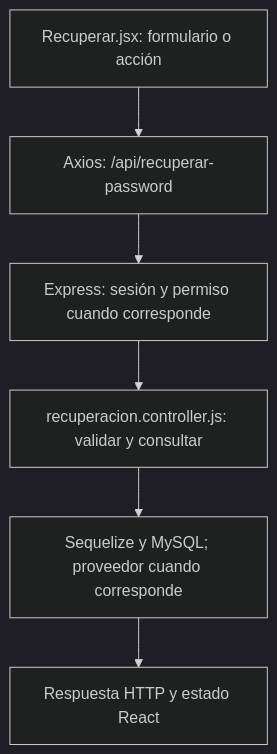
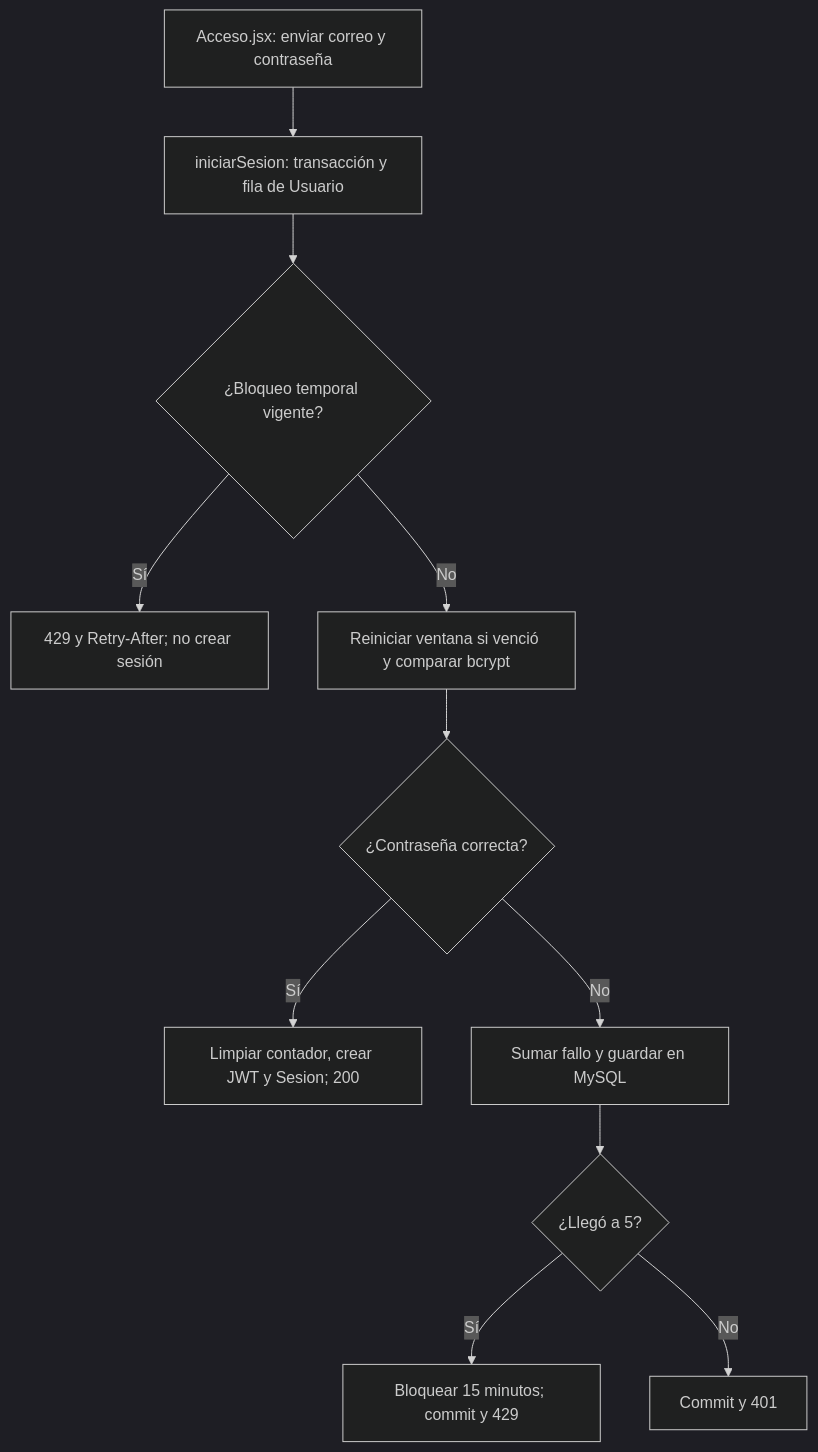
The diagram in guias/01-gianluca-pizarro.md (tomimeno0/GYM-OS-Final), drawn with Mermaid (dark theme) before and after one commit. The commit also changed other lines of this file and 18 other files, not shown here.

Commit message:
Restaurar bloqueo temporal del login y actualizar guía de Gianluca

````diff
--- a/guias/01-gianluca-pizarro.md
+++ b/guias/01-gianluca-pizarro.md
@@ -15,8 +15,13 @@
 ```mermaid
 flowchart TD
-  A["Recuperar.jsx: formulario o acción"] --> B["Axios: /api/recuperar-password"]
-  B --> C["Express: sesión y permiso cuando corresponde"]
-  C --> D["recuperacion.controller.js: validar y consultar"]
-  D --> E["Sequelize y MySQL; proveedor cuando corresponde"]
-  E --> F["Respuesta HTTP y estado React"]
+  A["Acceso.jsx: enviar correo y contraseña"] --> B["iniciarSesion: transacción y fila de Usuario"]
+  B --> C{"¿Bloqueo temporal vigente?"}
+  C -->|Sí| D["429 y Retry-After; no crear sesión"]
+  C -->|No| E["Reiniciar ventana si venció y comparar bcrypt"]
+  E --> F{"¿Contraseña correcta?"}
+  F -->|Sí| G["Limpiar contador, crear JWT y Sesion; 200"]
+  F -->|No| H["Sumar fallo y guardar en MySQL"]
+  H --> I{"¿Llegó a 5?"}
+  I -->|Sí| J["Bloquear 15 minutos; commit y 429"]
+  I -->|No| K["Commit y 401"]
 ```
````
